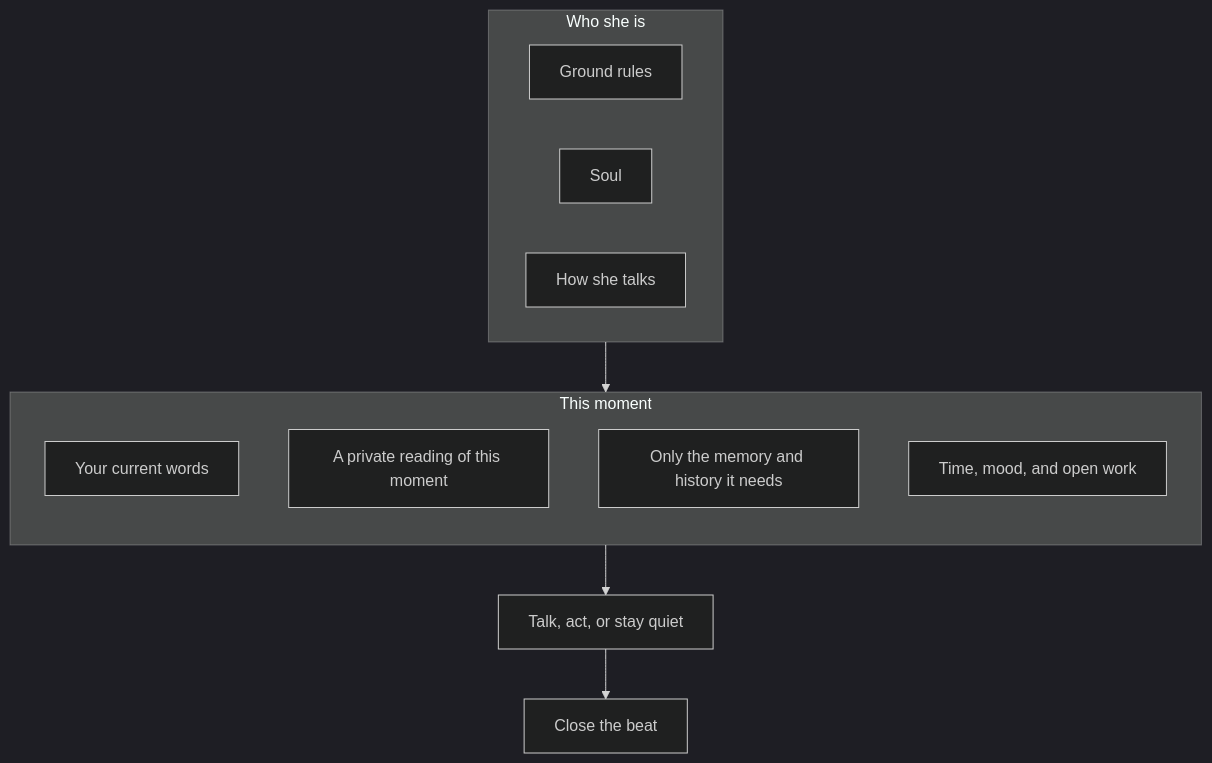
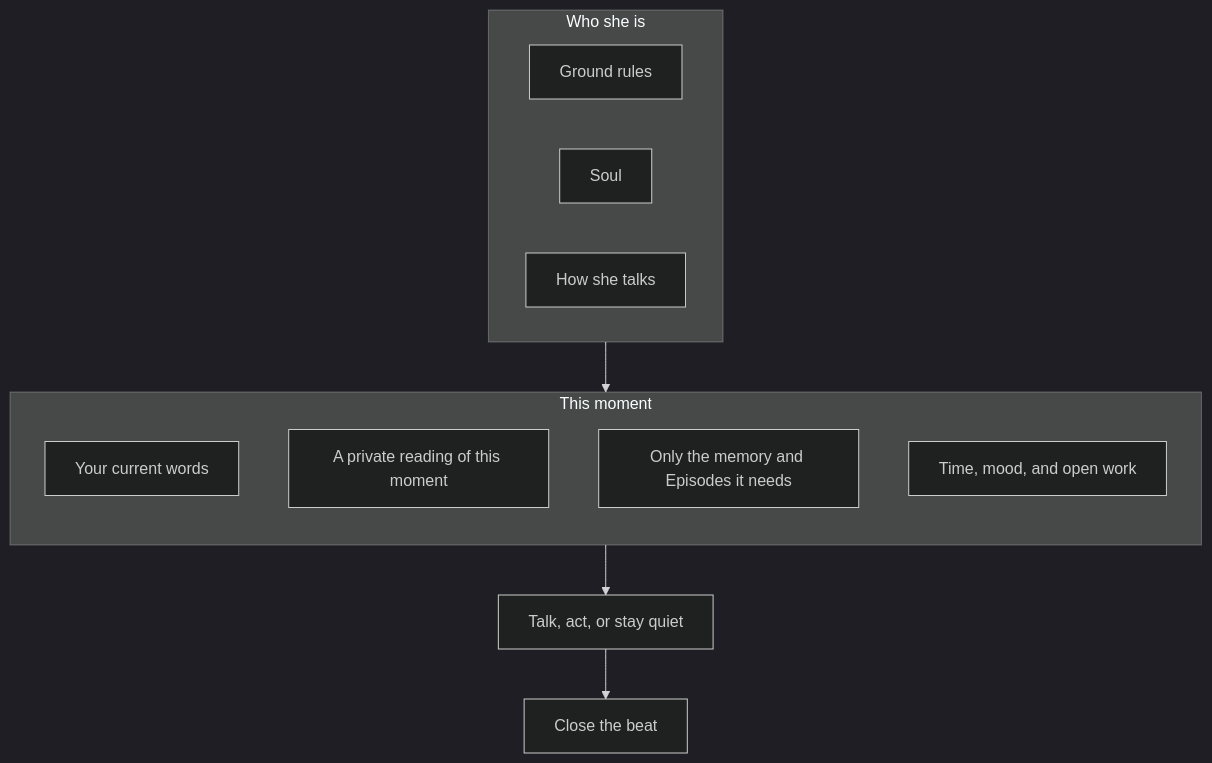
The second of 3 diagrams in README.md (RicterZ/Momoi), drawn with Mermaid (dark theme) before and after one commit. The commit also changed other lines of this file and 61 other files, not shown here.

````diff
--- a/README.md
+++ b/README.md
@@ -67,19 +67,19 @@
 ```mermaid
 flowchart TB
   subgraph who["Who she is"]
     direction LR
     rules["Ground rules"]
     soul["Soul"]
     voice["How she talks"]
   end
   subgraph now["This moment"]
     direction TB
     you["Your current words"]
     reading["A private reading of this moment"]
-    need["Only the memory and history it needs"]
+    need["Only the memory and Episodes it needs"]
     state["Time, mood, and open work"]
   end
   who --> now
   now --> speak["Talk, act, or stay quiet"]
   speak --> close["Close the beat"]
 ```
````
